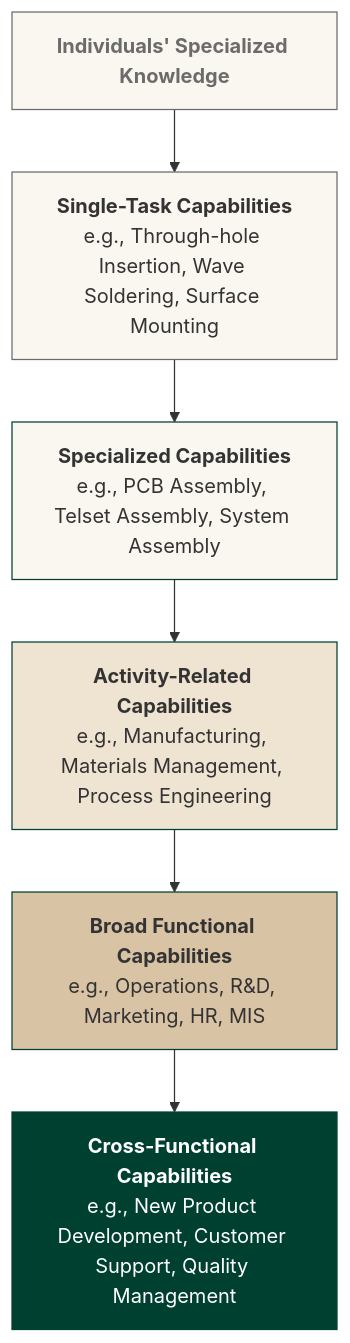
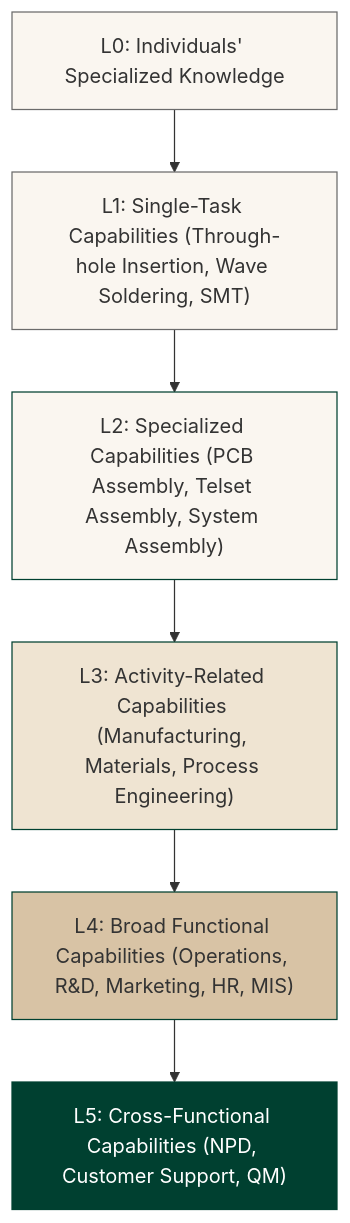
One commit to lolopodcast/SMMC-EMI-Textbook-Web changed the second of 4 diagrams in content/ch05.qmd. Above: the diagram before and after it, drawn with Mermaid. The commit also changed other lines of this file, not shown here.

Commit message:
Refactor mermaid diagrams for clarity and consistency

````diff
--- a/content/ch05.qmd
+++ b/content/ch05.qmd
@@ -141,22 +138,20 @@
 ```{mermaid}
 flowchart TB
-    L5["<b>Cross-Functional Capabilities</b><br/>e.g., New Product Development, Customer Support, Quality Management"]
-    L4["<b>Broad Functional Capabilities</b><br/>e.g., Operations, R&D, Marketing, HR, MIS"]
-    L3["<b>Activity-Related Capabilities</b><br/>e.g., Manufacturing, Materials Management, Process Engineering"]
-    L2["<b>Specialized Capabilities</b><br/>e.g., PCB Assembly, Telset Assembly, System Assembly"]
-    L1["<b>Single-Task Capabilities</b><br/>e.g., Through-hole Insertion, Wave Soldering, Surface Mounting"]
-    L0["<b>Individuals' Specialized Knowledge</b>"]
-    
+    L5["L5: Cross-Functional Capabilities (NPD, Customer Support, QM)"]
+    L4["L4: Broad Functional Capabilities (Operations, R&D, Marketing, HR, MIS)"]
+    L3["L3: Activity-Related Capabilities (Manufacturing, Materials, Process Engineering)"]
+    L2["L2: Specialized Capabilities (PCB Assembly, Telset Assembly, System Assembly)"]
+    L1["L1: Single-Task Capabilities (Through-hole Insertion, Wave Soldering, SMT)"]
+    L0["L0: Individuals' Specialized Knowledge"]
     L0 --> L1
     L1 --> L2
     L2 --> L3
     L3 --> L4
     L4 --> L5
-    
     style L5 fill:#004030,stroke:#004030,color:#FFFFFF
     style L4 fill:#D8C3A5,stroke:#004030
     style L3 fill:#EFE4D2,stroke:#004030
     style L2 fill:#FAF6F0,stroke:#004030
     style L1 fill:#FAF6F0,stroke:#6B6B6B
-    style L0 fill:#FAF6F0,stroke:#6B6B6B,color:#6B6B6B
+    style L0 fill:#FAF6F0,stroke:#6B6B6B
 ```
````
